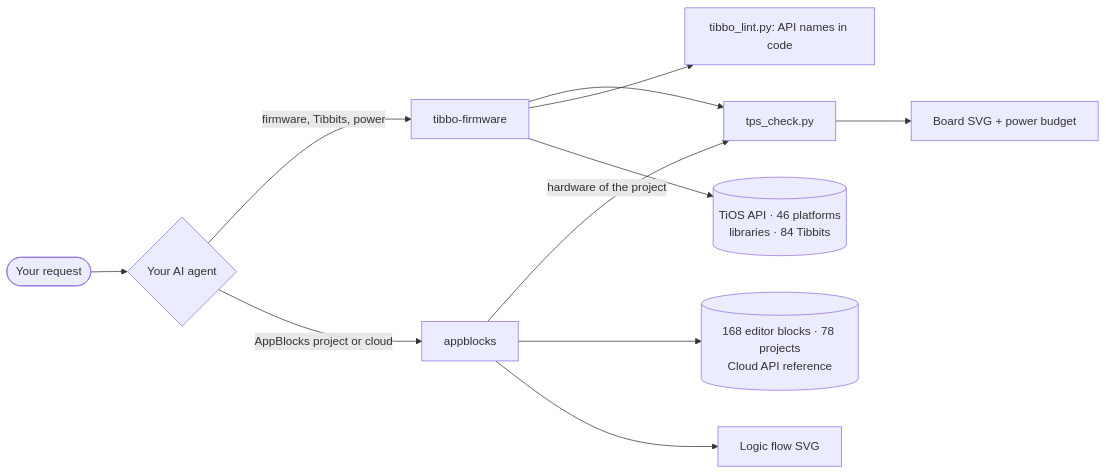
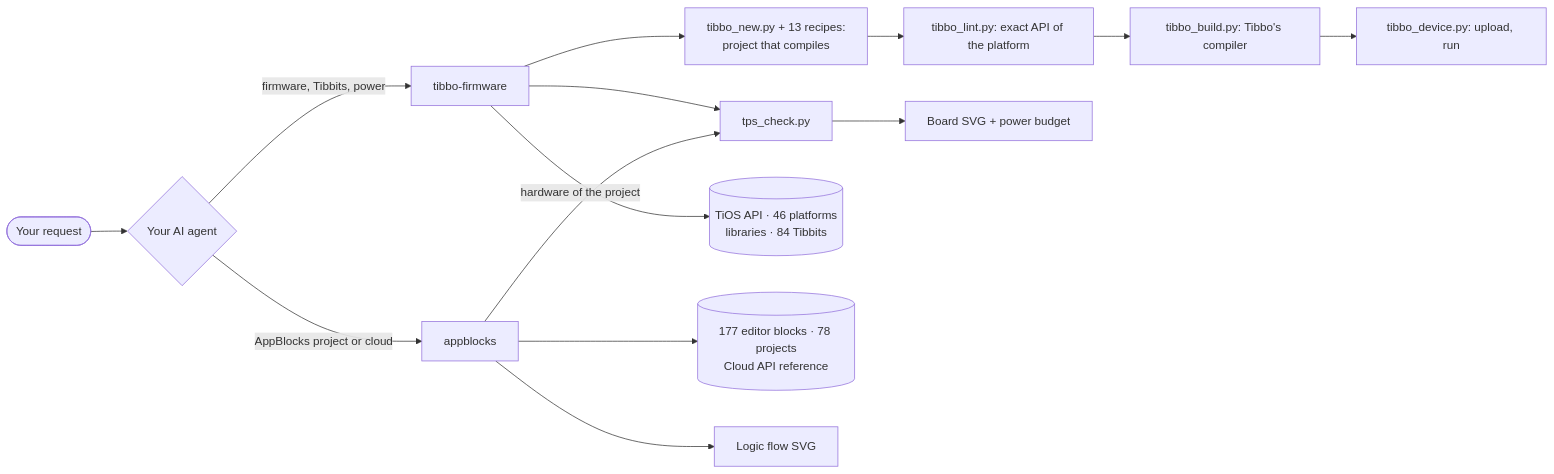
Before and after one commit to SCANCODE-IOT/tibbo-ai-skills: the diagram in README.md, drawn with Mermaid. The commit also changed other lines of this file and 15 other files, not shown here.

First line of the commit message:
Release 2.2.0: changelog, READMEs and INSTALL (building and uploading firmware), chat pack docs for the 8th file, reproducible Kimi kit, CI job with Tibbo's compiler, two more build hints

````diff
--- a/README.md
+++ b/README.md
@@ -47,13 +47,16 @@
 ```mermaid
 flowchart LR
     U([Your request]) --> C{Your AI agent}
     C -->|firmware, Tibbits, power| F[tibbo-firmware]
     C -->|AppBlocks project or cloud| A[appblocks]
     A -->|hardware of the project| T[tps_check.py]
     F --> T
-    F --> N[tibbo_lint.py: API names in code]
+    F --> G[tibbo_new.py + 13 recipes:<br/>project that compiles]
+    G --> N[tibbo_lint.py: exact API of the platform]
+    N --> B[tibbo_build.py: Tibbo's compiler]
+    B --> D[tibbo_device.py: upload, run]
     F --> R[(TiOS API · 46 platforms<br/>libraries · 84 Tibbits)]
-    A --> K[(168 editor blocks · 78 projects<br/>Cloud API reference)]
+    A --> K[(177 editor blocks · 78 projects<br/>Cloud API reference)]
     T --> S[Board SVG + power budget]
     A --> L[Logic flow SVG]
 ```
````
